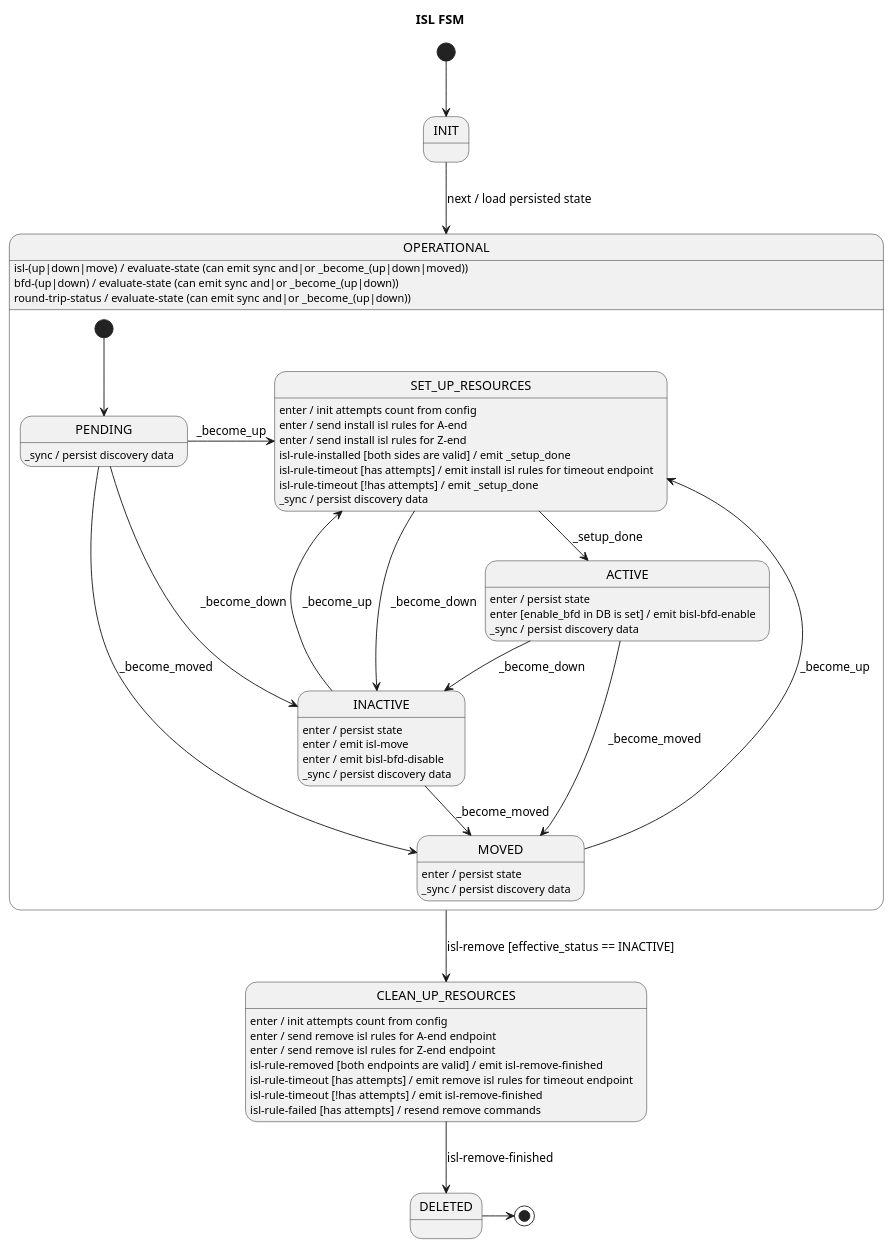
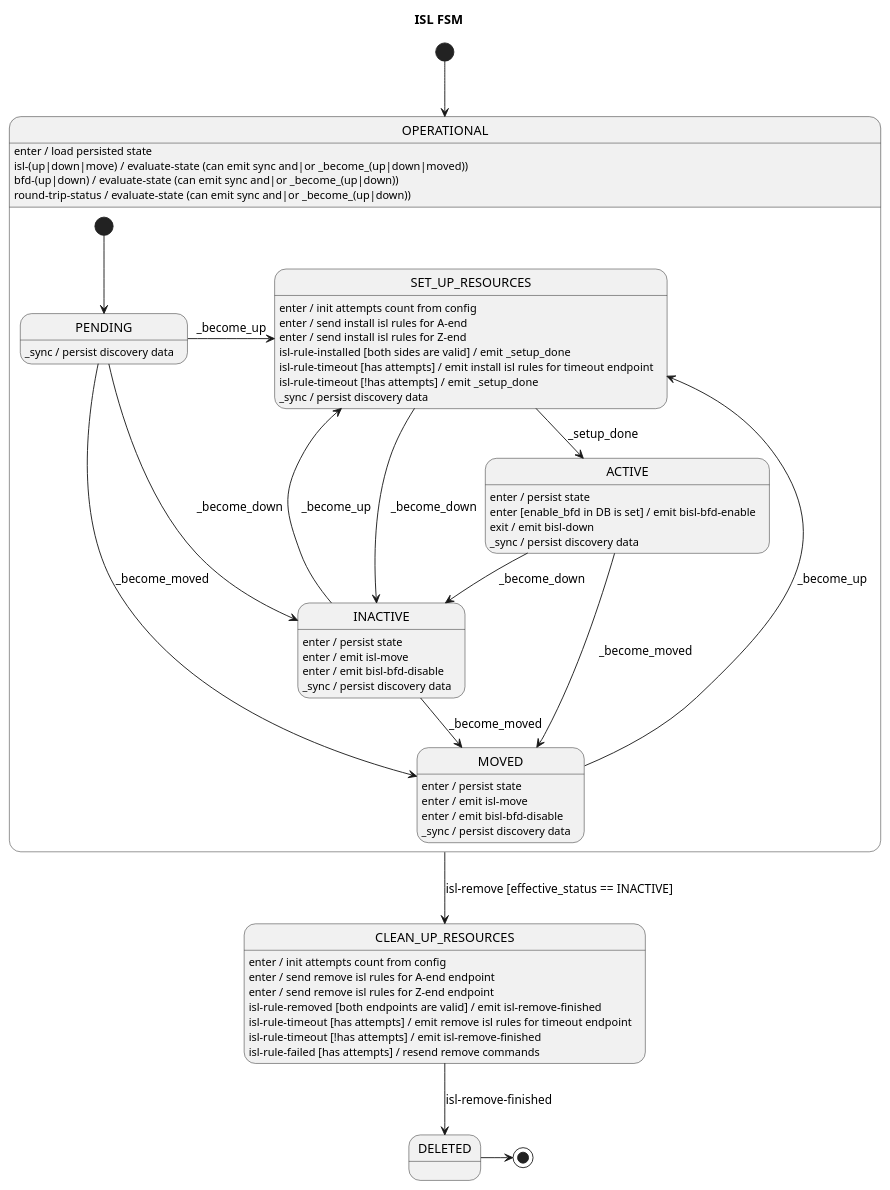
One commit to surabujin/open-kilda changed the diagram in docs/design/network-discovery/ISL-FSM.puml. Above: the diagram before and after it, drawn with PlantUML. The commit also changed other lines of this file and 8 other files, not shown here.

```diff
--- a/docs/design/network-discovery/ISL-FSM.puml
+++ b/docs/design/network-discovery/ISL-FSM.puml
@@ -33,58 +33,60 @@
 @startuml
 title ISL FSM
 
-[*] --> INIT
-
-INIT --> OPERATIONAL : next / load persisted state
+[*] --> OPERATIONAL
 
 state OPERATIONAL {
     [*] --> PENDING
 
     PENDING -r-> SET_UP_RESOURCES : _become_up
     PENDING --> INACTIVE : _become_down
     PENDING --> MOVED : _become_moved
     PENDING : _sync / persist discovery data
 
     SET_UP_RESOURCES --> ACTIVE : _setup_done
     SET_UP_RESOURCES --> INACTIVE : _become_down
     SET_UP_RESOURCES : enter / init attempts count from config
     SET_UP_RESOURCES : enter / send install isl rules for A-end
     SET_UP_RESOURCES : enter / send install isl rules for Z-end
     SET_UP_RESOURCES : isl-rule-installed [both sides are valid] / emit _setup_done
     SET_UP_RESOURCES : isl-rule-timeout [has attempts] / emit install isl rules for timeout endpoint
     SET_UP_RESOURCES : isl-rule-timeout [!has attempts] / emit _setup_done
     SET_UP_RESOURCES : _sync / persist discovery data
 
     ACTIVE --> INACTIVE : _become_down
     ACTIVE --> MOVED : _become_moved
     ACTIVE : enter / persist state
     ACTIVE : enter [enable_bfd in DB is set] / emit bisl-bfd-enable
+    ACTIVE : exit / emit bisl-down
     ACTIVE : _sync / persist discovery data
 
     INACTIVE --> SET_UP_RESOURCES : _become_up
     INACTIVE -d-> MOVED : _become_moved
     INACTIVE : enter / persist state
     INACTIVE : enter / emit isl-move
     INACTIVE : enter / emit bisl-bfd-disable
     INACTIVE : _sync / persist discovery data
 
     MOVED --> SET_UP_RESOURCES : _become_up
     MOVED : enter / persist state
+    MOVED : enter / emit isl-move
+    MOVED : enter / emit bisl-bfd-disable
     MOVED : _sync / persist discovery data
 }
 OPERATIONAL --> CLEAN_UP_RESOURCES : isl-remove [effective_status == INACTIVE]
+OPERATIONAL : enter / load persisted state
 OPERATIONAL : isl-(up|down|move) / evaluate-state (can emit sync and|or _become_(up|down|moved))
 OPERATIONAL : bfd-(up|down) / evaluate-state (can emit sync and|or _become_(up|down))
 OPERATIONAL : round-trip-status / evaluate-state (can emit sync and|or _become_(up|down))
 
 CLEAN_UP_RESOURCES : enter / init attempts count from config
 CLEAN_UP_RESOURCES : enter / send remove isl rules for A-end endpoint
 CLEAN_UP_RESOURCES : enter / send remove isl rules for Z-end endpoint
 CLEAN_UP_RESOURCES : isl-rule-removed [both endpoints are valid] / emit isl-remove-finished
 CLEAN_UP_RESOURCES : isl-rule-timeout [has attempts] / emit remove isl rules for timeout endpoint
 CLEAN_UP_RESOURCES : isl-rule-timeout [!has attempts] / emit isl-remove-finished
 CLEAN_UP_RESOURCES : isl-rule-failed [has attempts] / resend remove commands
 CLEAN_UP_RESOURCES --> DELETED : isl-remove-finished
 
 DELETED -> [*]
 @enduml
```
